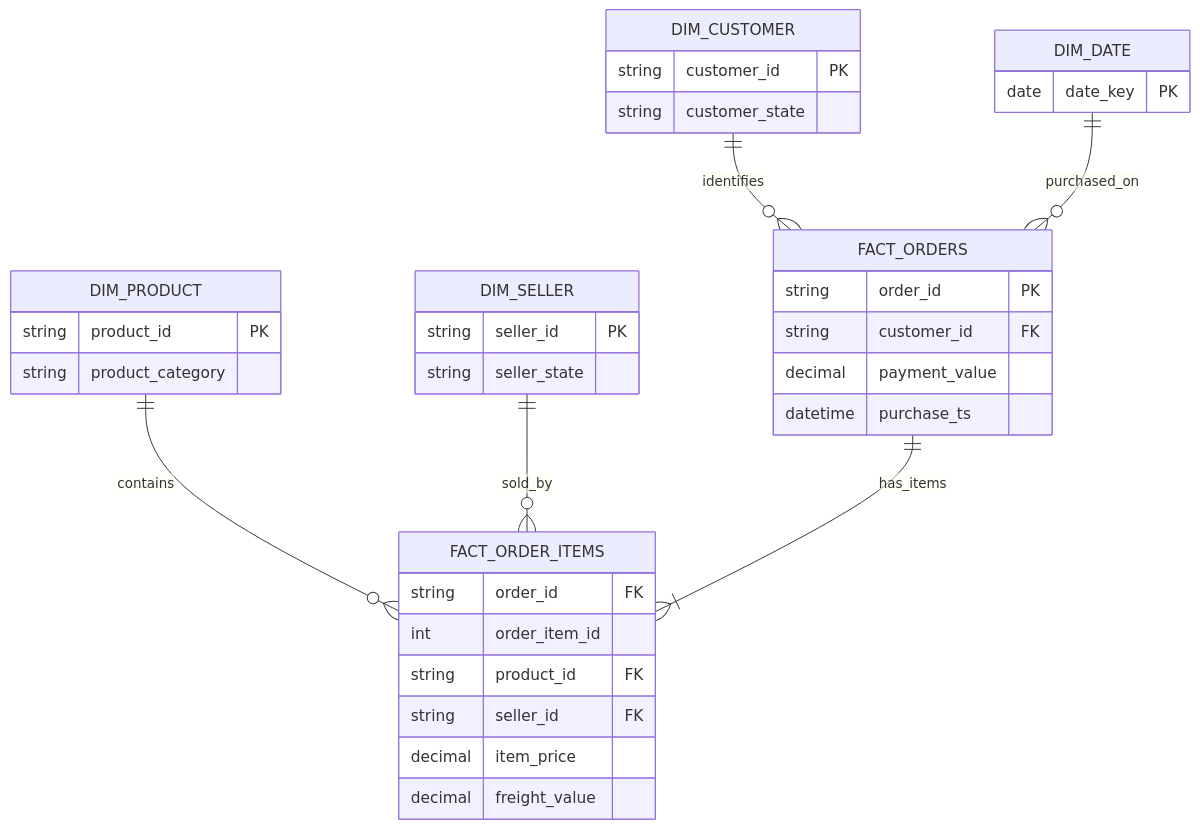
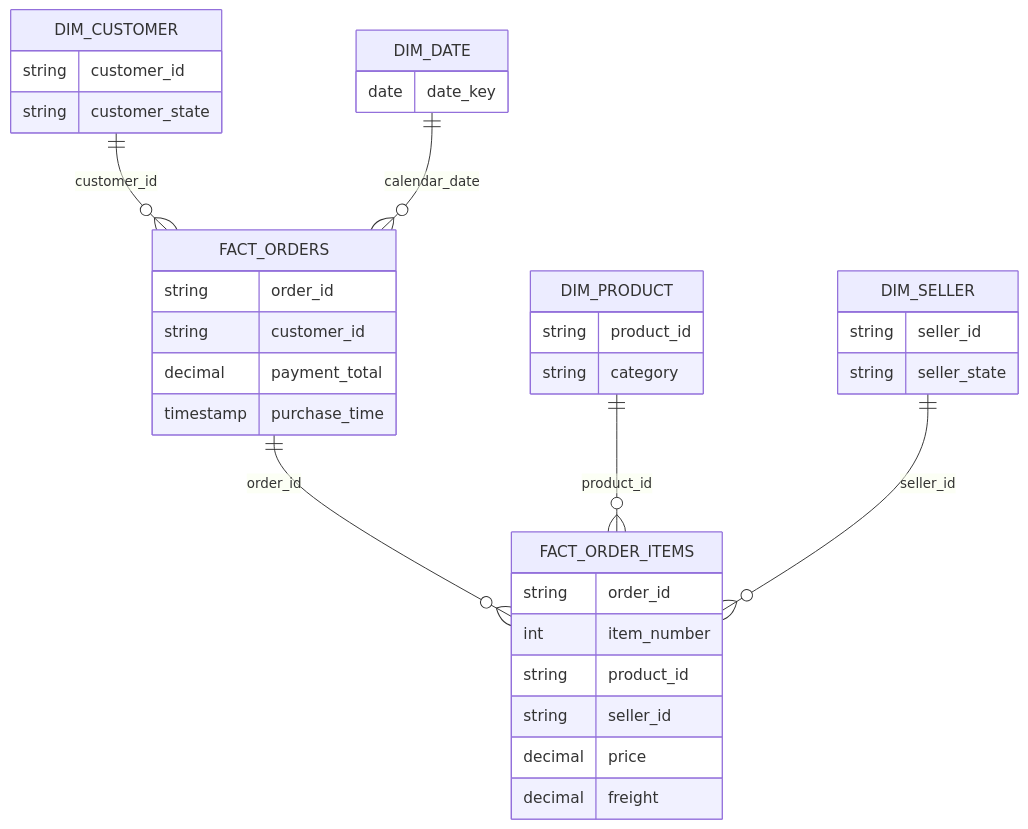
One commit to kasim672/PromisePulse changed the third of 5 diagrams in docs/ARCHITECTURE_V5.md. Above: the diagram before and after it, drawn with Mermaid. The commit also changed other lines of this file, not shown here.

Commit message:
docs: update architecture diagrams, data lineage and actual Gemini runtime boundaries

````diff
--- a/docs/ARCHITECTURE_V5.md
+++ b/docs/ARCHITECTURE_V5.md
@@ -104,38 +84,37 @@
 ```mermaid
 erDiagram
-    DIM_CUSTOMER ||--o{ FACT_ORDERS : identifies
-    DIM_DATE ||--o{ FACT_ORDERS : purchased_on
-    DIM_PRODUCT ||--o{ FACT_ORDER_ITEMS : contains
-    DIM_SELLER ||--o{ FACT_ORDER_ITEMS : sold_by
-    FACT_ORDERS ||--|{ FACT_ORDER_ITEMS : has_items
-
-    DIM_CUSTOMER {
-        string customer_id PK
-        string customer_state
-    }
-    DIM_DATE {
-        date date_key PK
-    }
-    DIM_PRODUCT {
-        string product_id PK
-        string product_category
-    }
-    DIM_SELLER {
-        string seller_id PK
-        string seller_state
-    }
-    FACT_ORDERS {
-        string order_id PK
-        string customer_id FK
-        decimal payment_value
-        datetime purchase_ts
-    }
-    FACT_ORDER_ITEMS {
-        string order_id FK
-        int order_item_id
-        string product_id FK
-        string seller_id FK
-        decimal item_price
-        decimal freight_value
-    }
+  DIM_CUSTOMER ||--o{ FACT_ORDERS : customer_id
+  DIM_DATE ||--o{ FACT_ORDERS : calendar_date
+  FACT_ORDERS ||--o{ FACT_ORDER_ITEMS : order_id
+  DIM_PRODUCT ||--o{ FACT_ORDER_ITEMS : product_id
+  DIM_SELLER ||--o{ FACT_ORDER_ITEMS : seller_id
+  DIM_CUSTOMER {
+    string customer_id
+    string customer_state
+  }
+  FACT_ORDERS {
+    string order_id
+    string customer_id
+    decimal payment_total
+    timestamp purchase_time
+  }
+  FACT_ORDER_ITEMS {
+    string order_id
+    int item_number
+    string product_id
+    string seller_id
+    decimal price
+    decimal freight
+  }
+  DIM_PRODUCT {
+    string product_id
+    string category
+  }
+  DIM_SELLER {
+    string seller_id
+    string seller_state
+  }
+  DIM_DATE {
+    date date_key
+  }
 ```
````
